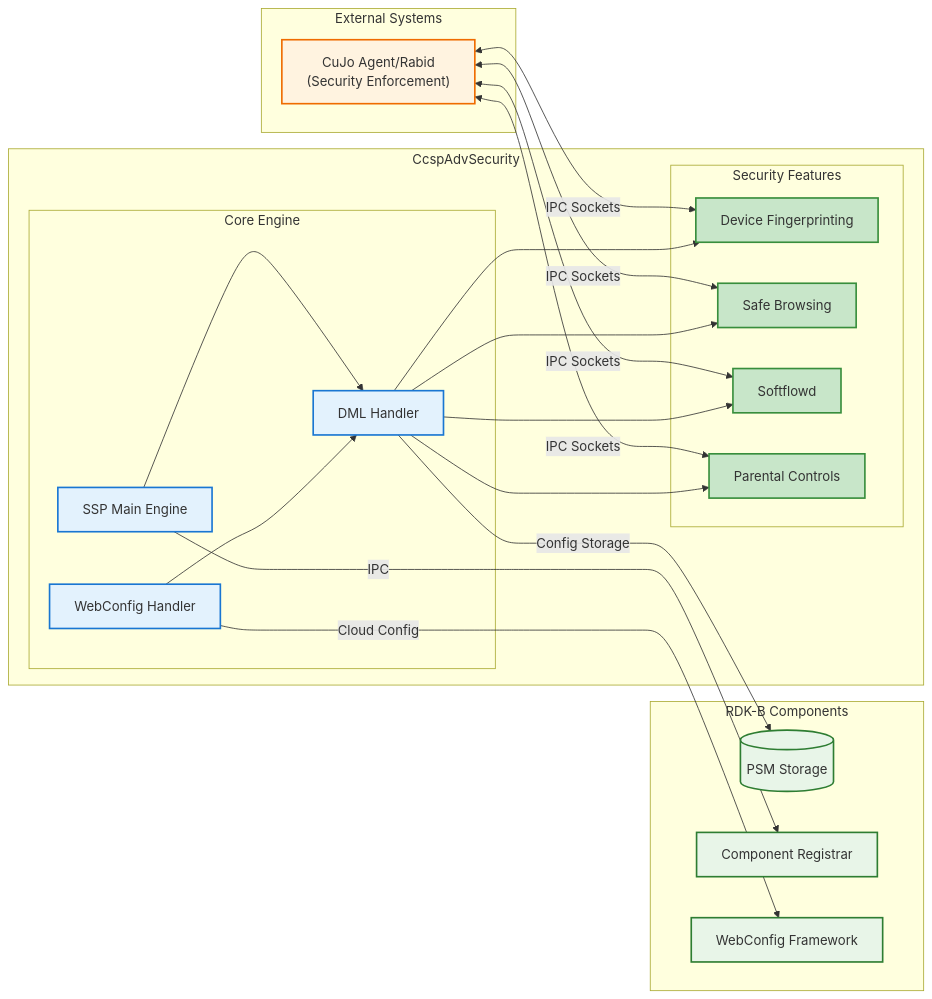
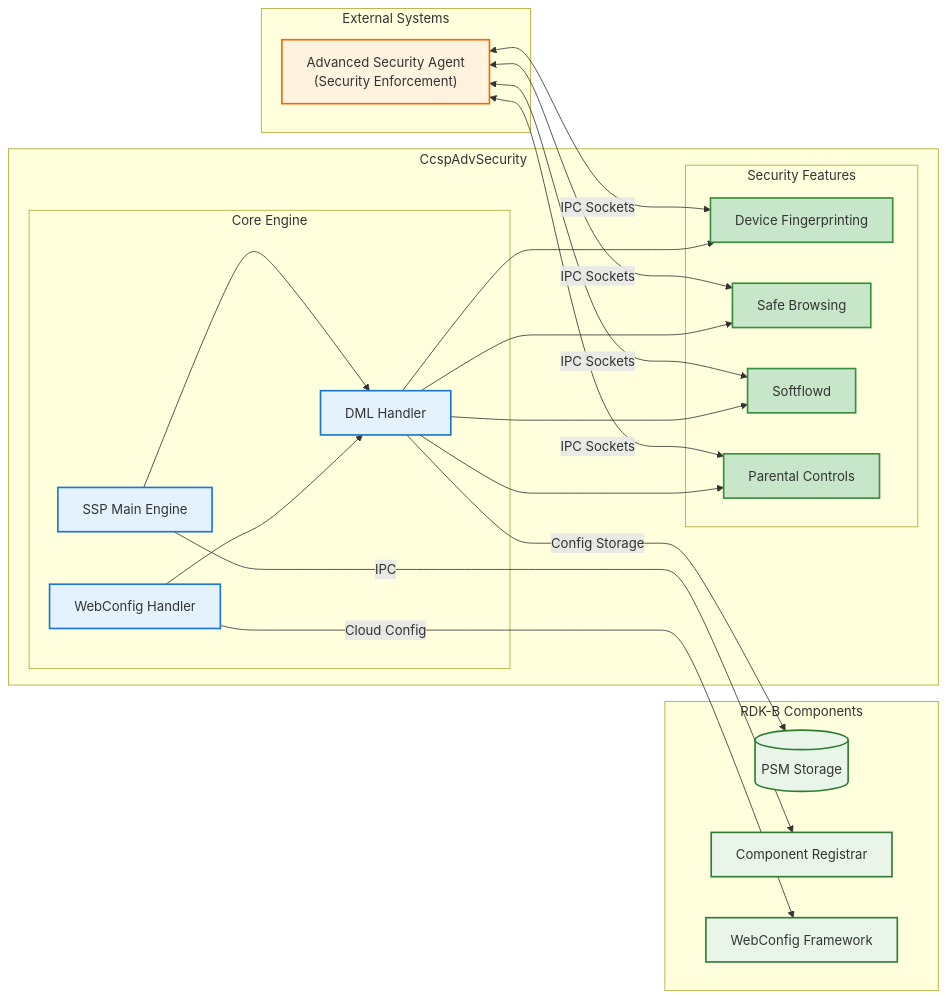
Before and after one commit to rdkcentral/advanced-security: the second of 7 diagrams in README.md, drawn with Mermaid. The commit also changed other lines of this file, not shown here.

````diff
--- a/README.md
+++ b/README.md
@@ -88,53 +86,53 @@
 ```mermaid
 graph LR
     subgraph "External Systems"
-        SecurityAgent["CuJo Agent/Rabid<br/>(Security Enforcement)"]
+        SecurityAgent["Advanced Security Agent<br/>(Security Enforcement)"]
     end
 
     subgraph "CcspAdvSecurity"
         subgraph "Core Engine"
             SSPMain[SSP Main Engine]
             DMLHandler[DML Handler]
             WebConfigInteg[WebConfig Handler]
         end
         
         subgraph "Security Features"
             Fingerprint[Device Fingerprinting]
             SafeBrowsing[Safe Browsing]
             Softflowd[Softflowd]
             ParentalCtrl[Parental Controls]
         end
     end
 
     subgraph "RDK-B Components"
         PSM[(PSM Storage)]
         CR[Component Registrar]
         WebConfig[WebConfig Framework]
     end
 
     SecurityAgent <-->|IPC Sockets| Fingerprint
     SecurityAgent <-->|IPC Sockets| SafeBrowsing
     SecurityAgent <-->|IPC Sockets| Softflowd
     SecurityAgent <-->|IPC Sockets| ParentalCtrl
     
     SSPMain --> DMLHandler
     DMLHandler --> Fingerprint
     DMLHandler --> SafeBrowsing
     DMLHandler --> Softflowd
     DMLHandler --> ParentalCtrl
     WebConfigInteg --> DMLHandler
     
     SSPMain -->|IPC| CR
     DMLHandler -->|Config Storage| PSM
     WebConfigInteg -->|Cloud Config| WebConfig
 
     classDef external fill:#fff3e0,stroke:#ef6c00,stroke-width:2px;
     classDef core fill:#e3f2fd,stroke:#1976d2,stroke-width:2px;
     classDef features fill:#c8e6c9,stroke:#388e3c,stroke-width:2px;
     classDef rdkbComp fill:#e8f5e8,stroke:#2e7d32,stroke-width:2px;
 
     class SecurityAgent external;
     class SSPMain,DMLHandler,WebConfigInteg core;
     class Fingerprint,SafeBrowsing,Softflowd,ParentalCtrl features;
     class PSM,CR,WebConfig rdkbComp;
 ```
````
